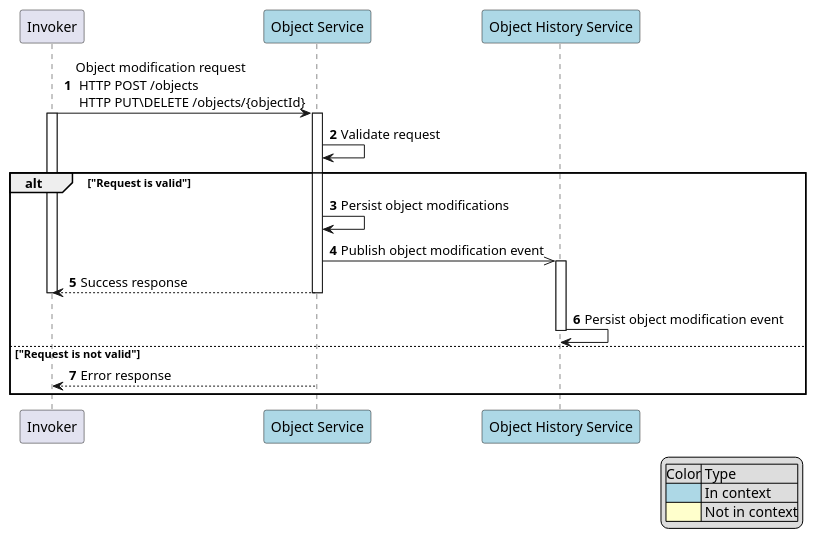
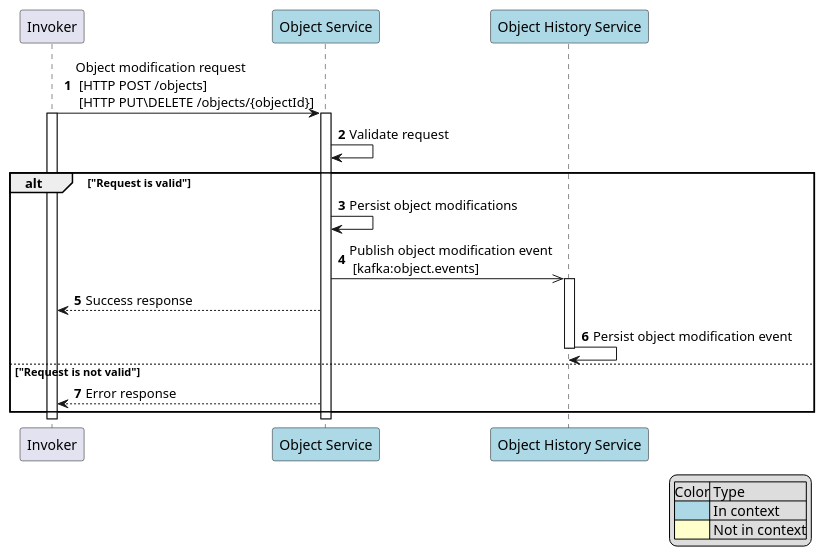
One commit to ivanztz/sandbox changed the diagram in object-api/src/main/resources/flows/object-modify.puml. Above: the diagram before and after it, drawn with PlantUML. The commit also changed 19 other files, not shown here.

Commit message:
Readme file updated Event specifications & DTOs added Object events publishing implemented Docker deployment scripts\files updated

```diff
--- a/object-api/src/main/resources/flows/object-modify.puml
+++ b/object-api/src/main/resources/flows/object-modify.puml
@@ -1,33 +1,33 @@
 @startuml
 autonumber
 
 participant "Invoker" as invoker
 participant "Object Service" as objectService #LightBlue
 participant "Object History Service" as objectHistory #LightBlue
 
-invoker -> objectService: Object modification request \n HTTP POST /objects \n HTTP PUT\DELETE /objects/{objectId}
+invoker -> objectService: Object modification request \n [HTTP POST /objects] \n [HTTP PUT\DELETE /objects/{objectId}]
 activate invoker
 activate objectService
 objectService -> objectService: Validate request
 
 alt "Request is valid"
     objectService -> objectService: Persist object modifications
-    objectService ->> objectHistory: Publish object modification event
+    objectService ->> objectHistory: Publish object modification event\n [kafka:object.events]
     activate objectHistory
     objectService --> invoker: Success response
-    deactivate objectService
-    deactivate invoker
     objectHistory -> objectHistory: Persist object modification event
     deactivate objectHistory
 else "Request is not valid"
     objectService --> invoker: Error response
 end
+deactivate objectService
+deactivate invoker
 
 legend right
     |Color| Type |
     |<#LightBlue>| In context|
     |<#Business>| Not in context|
 endlegend
 
 
 @enduml
```
